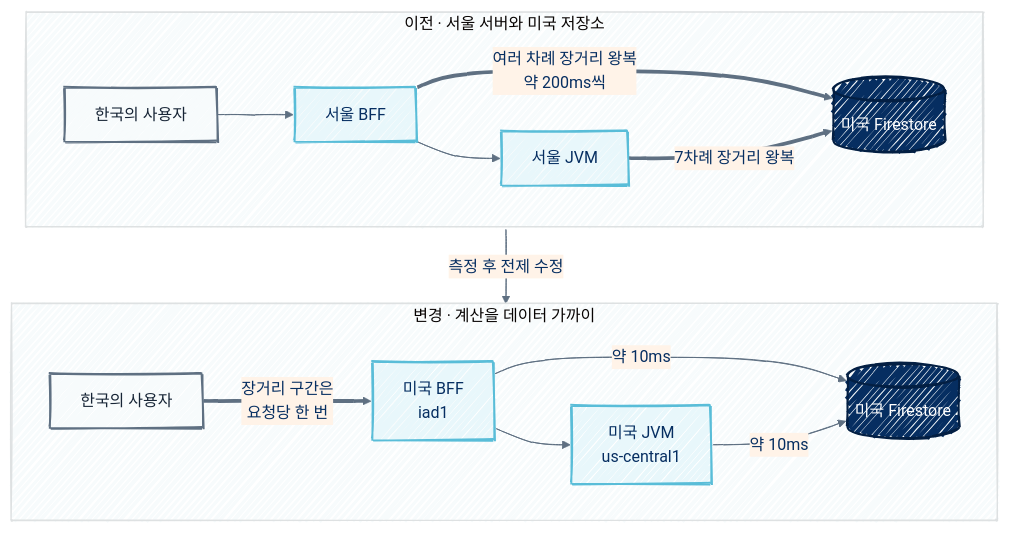
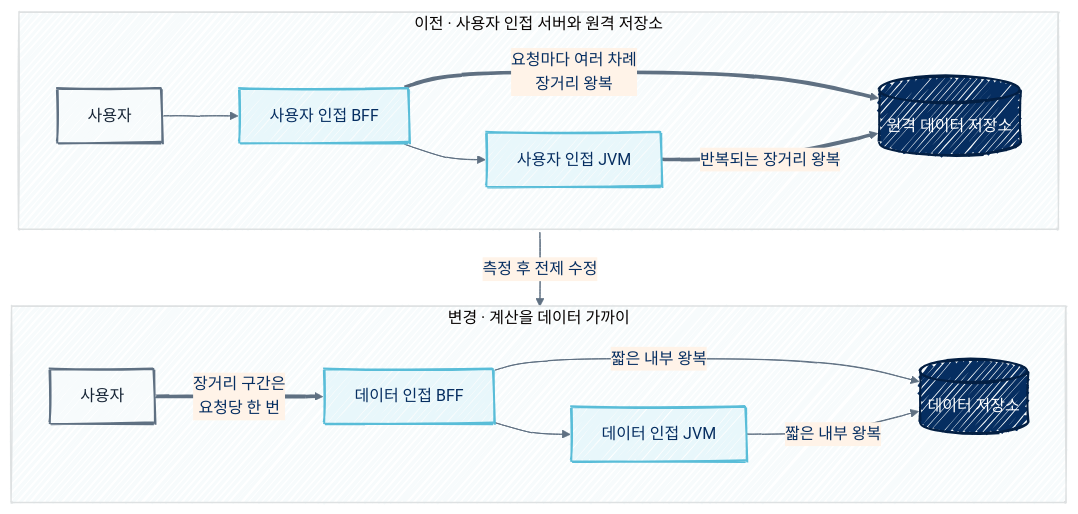
The diagram in assets/images/diagrams/building-ledger-04/04-region-round-trips.mmd (merryAI-dev/merryAI-dev.github.io), drawn with Mermaid before and after one commit. The commit also changed 3 other files, not shown here.

```diff
--- a/assets/images/diagrams/building-ledger-04/04-region-round-trips.mmd
+++ b/assets/images/diagrams/building-ledger-04/04-region-round-trips.mmd
@@ -1,38 +1,38 @@
 ---
 config:
   theme: base
   look: handDrawn
   themeVariables:
     fontFamily: Pretendard
     primaryColor: '#E8F7FB'
     primaryTextColor: '#062E61'
     primaryBorderColor: '#59BDD8'
     lineColor: '#5F7082'
     secondaryColor: '#FFF3E8'
     tertiaryColor: '#F7FBFC'
 ---
 flowchart TB
-    subgraph BEFORE["이전 · 서울 서버와 미국 저장소"]
+    subgraph BEFORE["이전 · 사용자 인접 서버와 원격 저장소"]
         direction LR
-        U1["한국의 사용자"] --> K1["서울 BFF"]
-        K1 --> K2["서울 JVM"]
-        K1 == "여러 차례 장거리 왕복<br/>약 200ms씩" ==> D1[("미국 Firestore")]
-        K2 == "7차례 장거리 왕복" ==> D1
+        U1["사용자"] --> K1["사용자 인접 BFF"]
+        K1 --> K2["사용자 인접 JVM"]
+        K1 == "요청마다 여러 차례<br/>장거리 왕복" ==> D1[("원격 데이터 저장소")]
+        K2 == "반복되는 장거리 왕복" ==> D1
     end
 
     subgraph AFTER["변경 · 계산을 데이터 가까이"]
         direction LR
-        U2["한국의 사용자"] == "장거리 구간은<br/>요청당 한 번" ==> B2["미국 BFF<br/>iad1"]
-        B2 --> J2["미국 JVM<br/>us-central1"]
-        B2 -->|"약 10ms"| D2[("미국 Firestore")]
-        J2 -->|"약 10ms"| D2
+        U2["사용자"] == "장거리 구간은<br/>요청당 한 번" ==> B2["데이터 인접 BFF"]
+        B2 --> J2["데이터 인접 JVM"]
+        B2 -->|"짧은 내부 왕복"| D2[("데이터 저장소")]
+        J2 -->|"짧은 내부 왕복"| D2
     end
 
     BEFORE -->|"측정 후 전제 수정"| AFTER
 
     classDef user fill:#F7FBFC,stroke:#5F7082,color:#172536,stroke-width:2px;
     classDef server fill:#E8F7FB,stroke:#59BDD8,color:#062E61,stroke-width:2px;
     classDef data fill:#062E61,stroke:#031F43,color:#FFFFFF,stroke-width:2px;
     class U1,U2 user;
     class K1,K2,B2,J2 server;
     class D1,D2 data;
```
